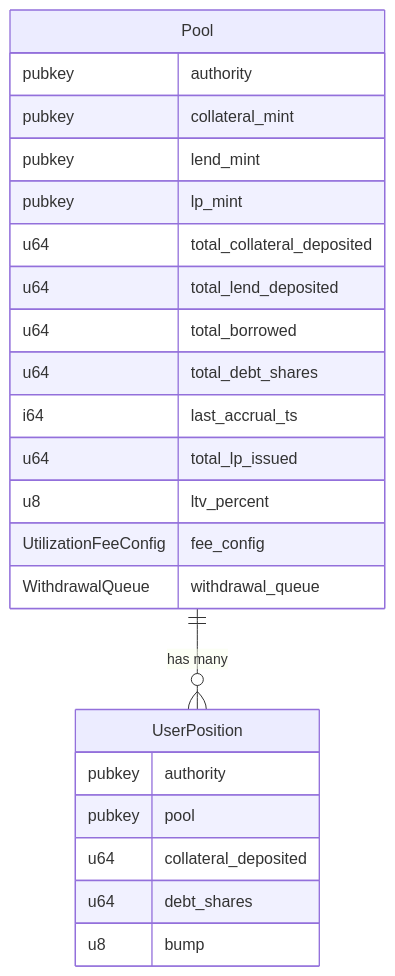
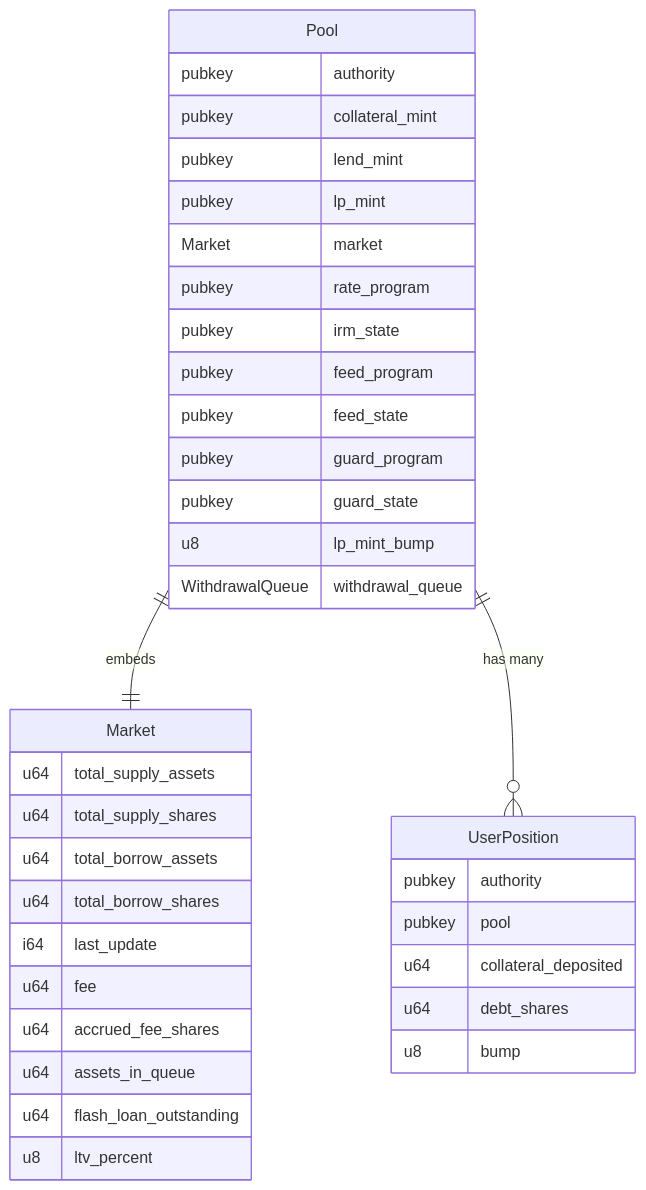
Before and after one commit to calma-labs/calma: the seventh of 8 diagrams in ARCHITECTURE.md, drawn with Mermaid. The commit also changed other lines of this file and 107 other files, not shown here.

````diff
--- a/ARCHITECTURE.md
+++ b/ARCHITECTURE.md
@@ -160,28 +263,42 @@
 ```mermaid
 erDiagram
     Pool {
         pubkey authority
         pubkey collateral_mint
         pubkey lend_mint
         pubkey lp_mint
-        u64 total_collateral_deposited
-        u64 total_lend_deposited
-        u64 total_borrowed
-        u64 total_debt_shares
-        i64 last_accrual_ts
-        u64 total_lp_issued
+        Market market
+        pubkey rate_program
+        pubkey irm_state
+        pubkey feed_program
+        pubkey feed_state
+        pubkey guard_program
+        pubkey guard_state
+        u8 lp_mint_bump
+        WithdrawalQueue withdrawal_queue
+    }
+
+    Market {
+        u64 total_supply_assets
+        u64 total_supply_shares
+        u64 total_borrow_assets
+        u64 total_borrow_shares
+        i64 last_update
+        u64 fee
+        u64 accrued_fee_shares
+        u64 assets_in_queue
+        u64 flash_loan_outstanding
         u8 ltv_percent
-        UtilizationFeeConfig fee_config
-        WithdrawalQueue withdrawal_queue
     }
 
     UserPosition {
         pubkey authority
         pubkey pool
         u64 collateral_deposited
         u64 debt_shares
         u8 bump
     }
 
+    Pool ||--|| Market : "embeds"
     Pool ||--o{ UserPosition : "has many"
 ```
````
